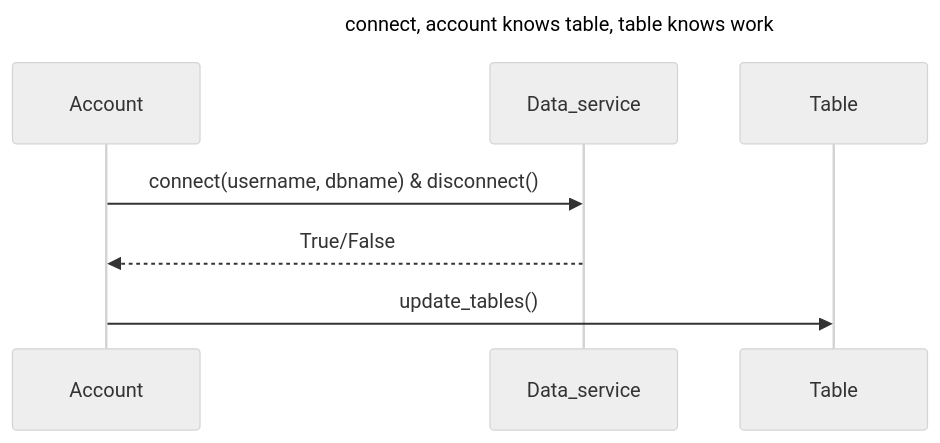
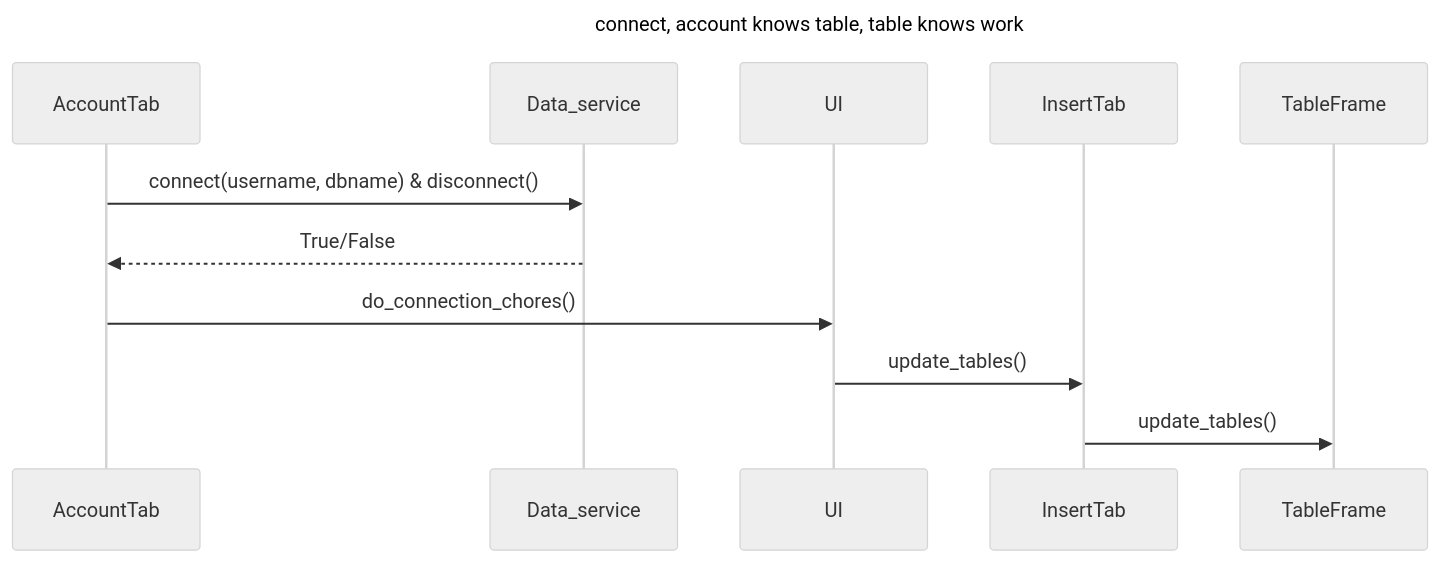
One commit to sanikk/sql-filler changed the first of 3 diagrams in Documentation/sequences.md. Above: the diagram before and after it, drawn with Mermaid (neutral theme).

Commit message:
sequences.md sketches, not updated

````diff
--- a/Documentation/sequences.md
+++ b/Documentation/sequences.md
@@ -1,9 +1,11 @@
 ```mermaid
 ---
 title: connect, account knows table, table knows work
 ---
 sequenceDiagram
-    Account->>Data_service: connect(username, dbname) & disconnect()
-    Data_service-->>Account: True/False
-    Account->>Table: update_tables()
+    AccountTab->>Data_service: connect(username, dbname) & disconnect()
+    Data_service-->>AccountTab: True/False
+    AccountTab->> UI: do_connection_chores()
+    UI->> InsertTab: update_tables()
+    InsertTab->>TableFrame: update_tables()
 ```
````
